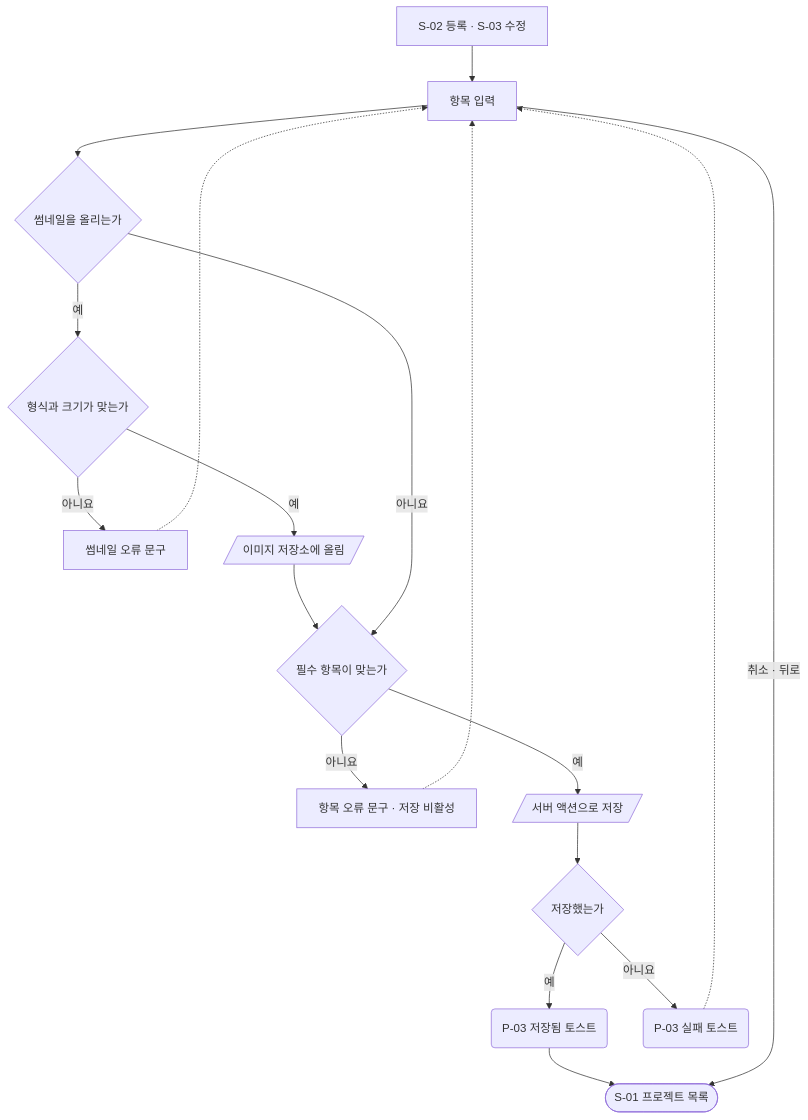
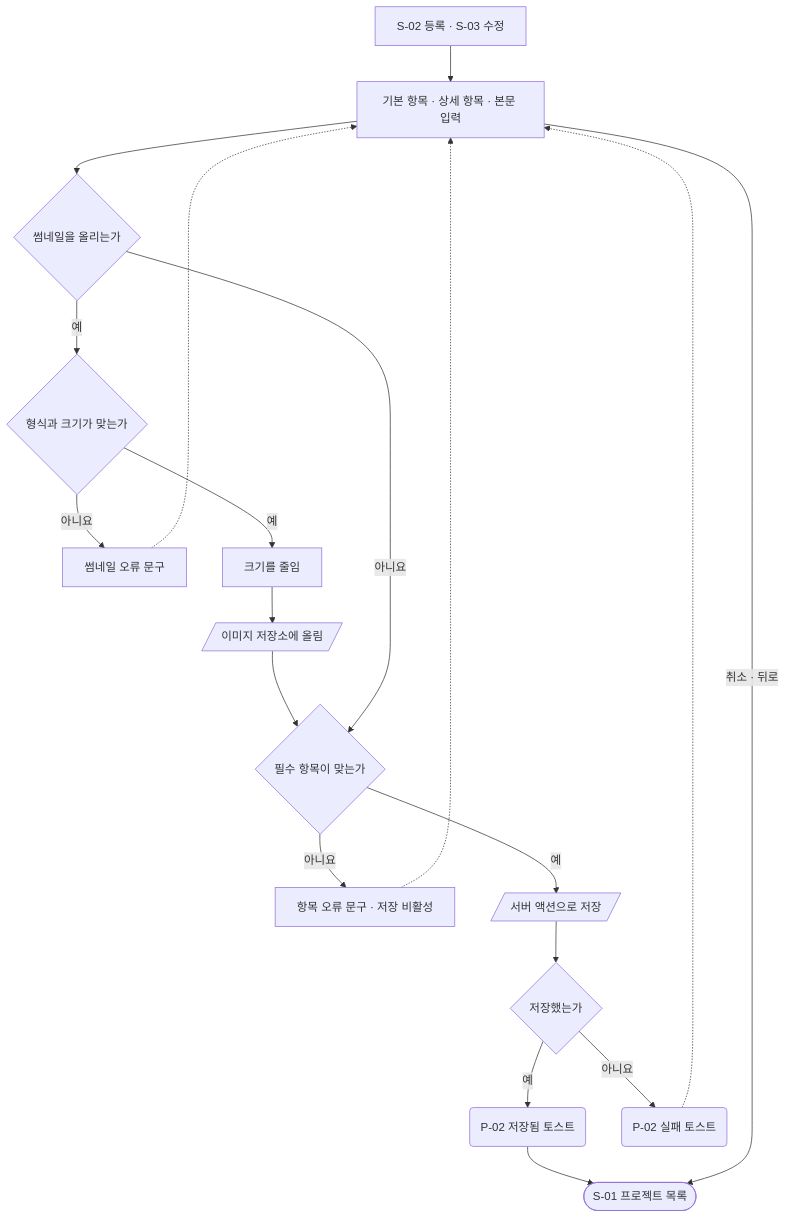
Before and after one commit to GUNIZZI/portfolio: the second of 4 diagrams in docs/plan/admin/userflow.md, drawn with Mermaid. The commit also changed other lines of this file and 79 other files, not shown here.

````diff
--- a/docs/plan/admin/userflow.md
+++ b/docs/plan/admin/userflow.md
@@ -31,20 +29,21 @@
 ```mermaid
 flowchart TD
-    F["S-02 등록 · S-03 수정"]:::screen --> IN["항목 입력"]:::step
+    F["S-02 등록 · S-03 수정"]:::screen --> IN["기본 항목 · 상세 항목 · 본문 입력"]:::step
     IN --> IMG{"썸네일을 올리는가"}:::decision
     IMG -->|"예"| CHK{"형식과 크기가 맞는가"}:::decision
     CHK -->|"아니요"| IE["썸네일 오류 문구"]:::warn
     IE -.-> IN
-    CHK -->|"예"| UP[/"이미지 저장소에 올림"/]:::api
+    CHK -->|"예"| RS["크기를 줄임"]:::step
+    RS --> UP[/"이미지 저장소에 올림"/]:::api
     UP --> V
     IMG -->|"아니요"| V{"필수 항목이 맞는가"}:::decision
     V -->|"아니요"| FE["항목 오류 문구 · 저장 비활성"]:::warn
     FE -.-> IN
     V -->|"예"| SV[/"서버 액션으로 저장"/]:::api
     SV --> R{"저장했는가"}:::decision
-    R -->|"예"| T("P-03 저장됨 토스트"):::dialog
-    R -->|"아니요"| TE("P-03 실패 토스트"):::dialog
+    R -->|"예"| T("P-02 저장됨 토스트"):::dialog
+    R -->|"아니요"| TE("P-02 실패 토스트"):::dialog
     TE -.-> IN
     T --> LS(["S-01 프로젝트 목록"]):::done
     IN -->|"취소 · 뒤로"| LS
 ```
````
